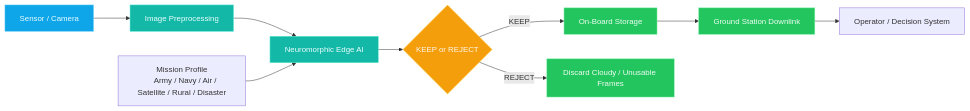
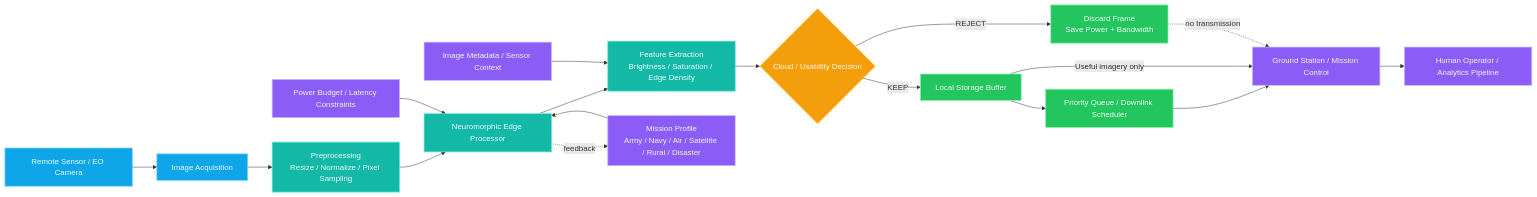
One commit to pavank1061-ui/NEUROMORPHIC- changed the diagram in README.md. Above: the diagram before and after it, drawn with Mermaid.

Commit message:
Improve Mermaid architecture diagram

````diff
--- a/README.md
+++ b/README.md
@@ -57,23 +57,36 @@
 ```mermaid
 flowchart LR
-    A[Sensor / Camera] --> B[Image Preprocessing]
-    B --> C[Neuromorphic Edge AI]
-    C --> D{KEEP or REJECT}
-    D -->|KEEP| E[On-Board Storage]
-    D -->|REJECT| F[Discard Cloudy / Unusable Frames]
-    E --> G[Ground Station Downlink]
+    A[Remote Sensor / EO Camera] --> B[Image Acquisition]
+    B --> C[Preprocessing<br/>Resize / Normalize / Pixel Sampling]
+    C --> D[Neuromorphic Edge Processor]
+    D --> E[Feature Extraction<br/>Brightness / Saturation / Edge Density]
+    E --> F{Cloud / Usability Decision}
 
-    H[Mission Profile
-    Army / Navy / Air / Satellite / Rural / Disaster] --> C
-    G --> I[Operator / Decision System]
+    F -->|KEEP| G[Local Storage Buffer]
+    F -->|REJECT| H[Discard Frame<br/>Save Power + Bandwidth]
 
-    classDef sensor fill:#0ea5e9,stroke:#7dd3fc,color:#ecfeff;
-    classDef process fill:#14b8a6,stroke:#5eead4,color:#ecfeff;
-    classDef decision fill:#f59e0b,stroke:#fcd34d,color:#fff7ed;
-    classDef storage fill:#22c55e,stroke:#86efac,color:#f0fdf4;
+    G --> I[Priority Queue / Downlink Scheduler]
+    I --> J[Ground Station / Mission Control]
+    J --> K[Human Operator / Analytics Pipeline]
 
-    class A sensor;
-    class B,C process;
-    class D decision;
-    class E,F,G storage;
+    M[Mission Profile<br/>Army / Navy / Air / Satellite / Rural / Disaster] --> D
+    N[Power Budget / Latency Constraints] --> D
+    O[Image Metadata / Sensor Context] --> E
+
+    D -. feedback .-> M
+    G -->|Useful imagery only| J
+    H -. no transmission .-> J
+
+    classDef sensor fill:#0ea5e9,stroke:#7dd3fc,color:#ecfeff,stroke-width:1.5px;
+    classDef process fill:#14b8a6,stroke:#5eead4,color:#ecfeff,stroke-width:1.5px;
+    classDef decision fill:#f59e0b,stroke:#fcd34d,color:#fff7ed,stroke-width:1.5px;
+    classDef storage fill:#22c55e,stroke:#86efac,color:#f0fdf4,stroke-width:1.5px;
+    classDef output fill:#8b5cf6,stroke:#c4b5fd,color:#f5f3ff,stroke-width:1.5px;
+
+    class A,B sensor;
+    class C,D,E process;
+    class F decision;
+    class G,H,I storage;
+    class J,K output;
+    class M,N,O output;
 ```
````
